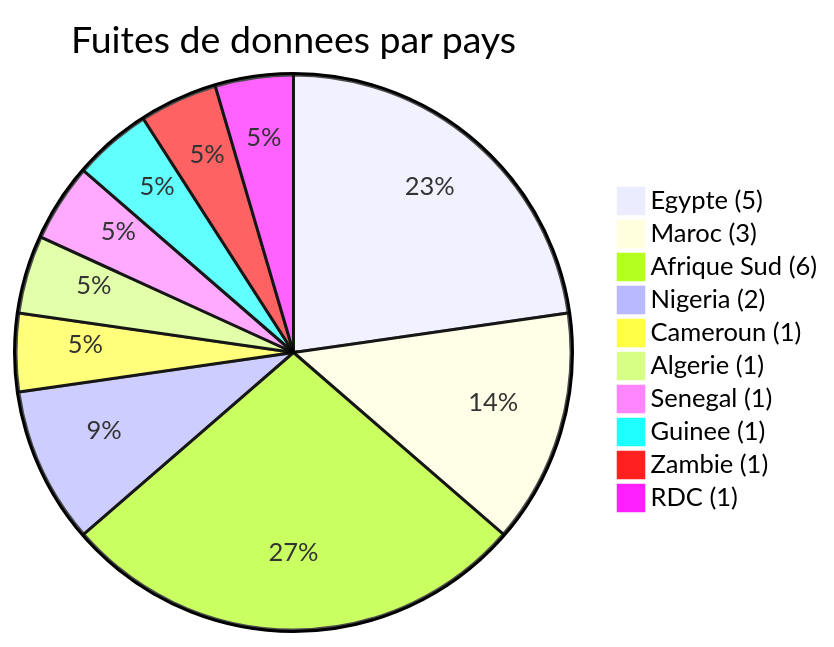
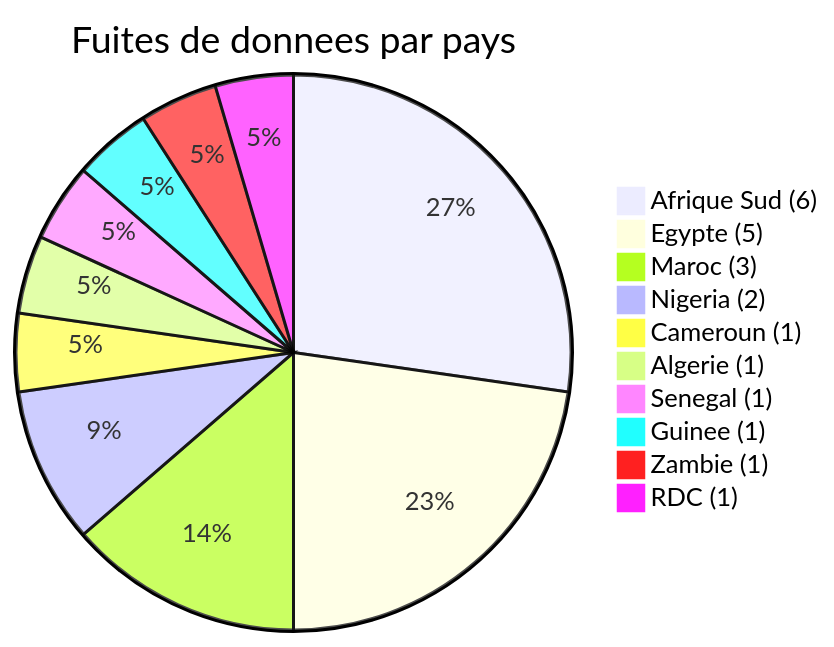
The third of 5 diagrams in reports/2026/03-march/README_FR.md (Hatchepsoute/AFRINTEL), drawn with Mermaid before and after one commit. The commit also changed other lines of this file and 1 other file, not shown here.

````diff
--- a/reports/2026/03-march/README_FR.md
+++ b/reports/2026/03-march/README_FR.md
@@ -109,14 +109,14 @@
 ```mermaid
 pie
     title Fuites de donnees par pays
+    "Afrique Sud (6)" : 6
     "Egypte (5)" : 5
     "Maroc (3)" : 3
-    "Afrique Sud (6)" : 6
     "Nigeria (2)" : 2
     "Cameroun (1)" : 1
     "Algerie (1)" : 1
     "Senegal (1)" : 1
     "Guinee (1)" : 1
     "Zambie (1)" : 1
     "RDC (1)" : 1
 ```
````
